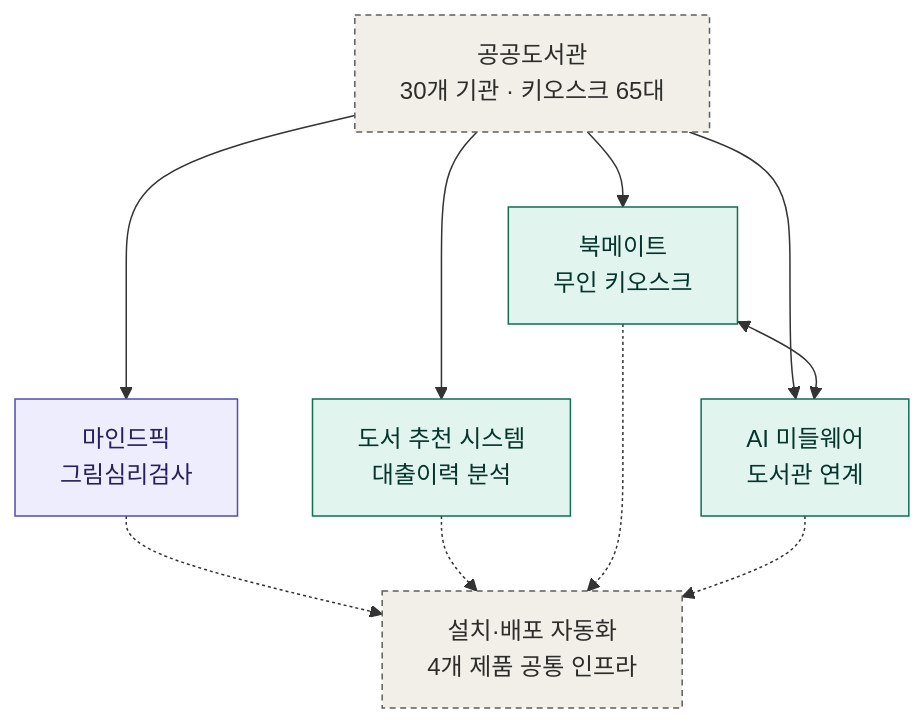
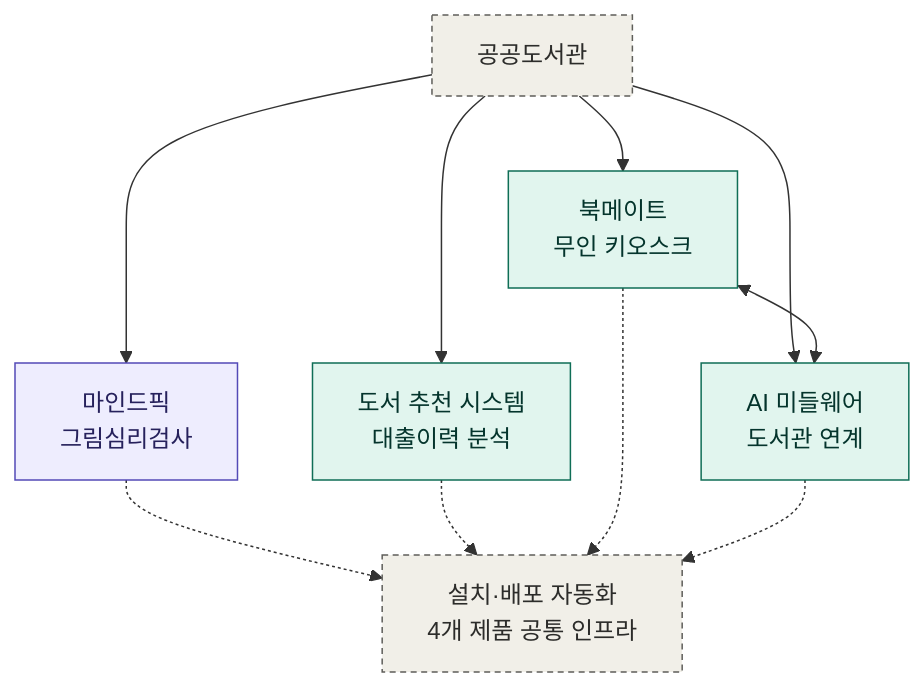
Before and after one commit to panorama713/career-portfolio: the diagram in README.md, drawn with Mermaid. The commit also changed other lines of this file and 2 other files, not shown here.

````diff
--- a/README.md
+++ b/README.md
@@ -34,31 +34,31 @@
 ```mermaid
 flowchart TB
-    Library["공공도서관<br/>30개 기관 · 키오스크 65대"]
+    Library["공공도서관"]
 
     Mindpick["마인드픽<br/>그림심리검사"]
     Recommend["도서 추천 시스템<br/>대출이력 분석"]
     Bookmate["북메이트<br/>무인 키오스크"]
     Middleware["AI 미들웨어<br/>도서관 연계"]
 
     Install["설치·배포 자동화<br/>4개 제품 공통 인프라"]
 
     Library --> Mindpick
     Library --> Recommend
     Library --> Bookmate
     Library --> Middleware
 
     Bookmate <--> Middleware
 
     Mindpick -.-> Install
     Recommend -.-> Install
     Bookmate -.-> Install
     Middleware -.-> Install
 
     classDef solo fill:#EEEDFE,stroke:#534AB7,color:#26215C;
     classDef team fill:#E1F5EE,stroke:#0F6E56,color:#04342C;
     classDef infra fill:#F1EFE8,stroke:#5F5E5A,color:#2C2C2A,stroke-dasharray: 4 3;
 
     class Mindpick solo;
     class Recommend,Bookmate,Middleware team;
     class Library,Install infra;
 ```
````
